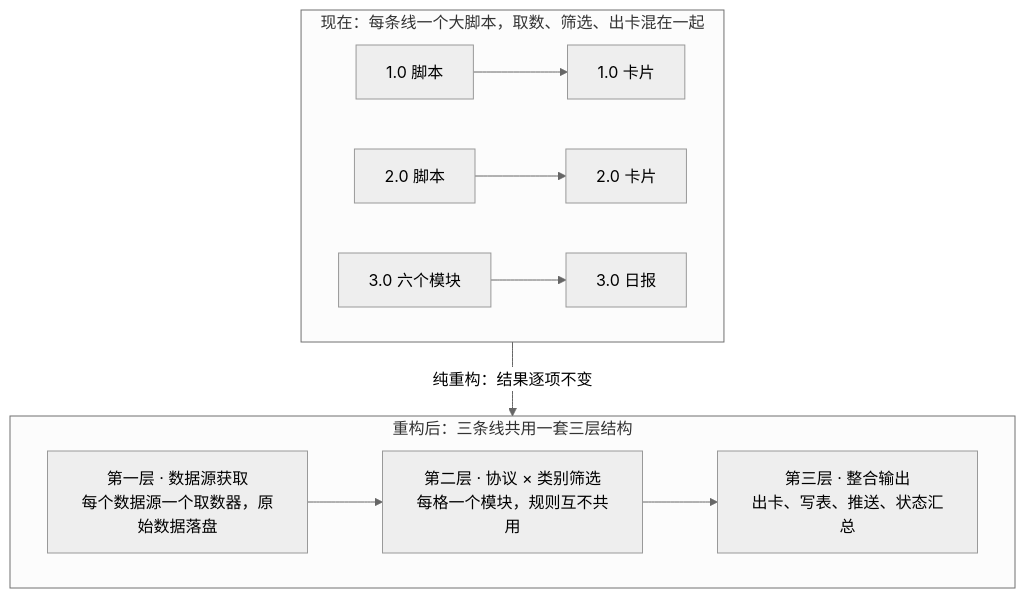
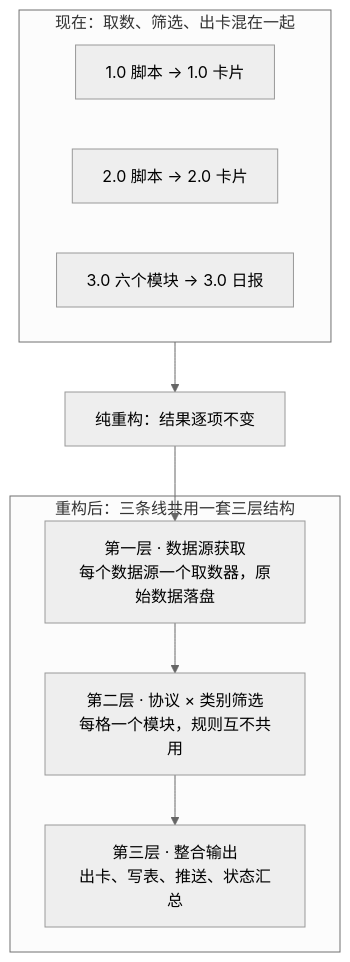
One commit to JulyWA/lp-monitor-3.0-snapshot changed the first of 10 diagrams in protocol-docs/lp-market-layered-refactor-brief.md. Above: the diagram before and after it, drawn with Mermaid (neutral theme).

Commit message:
docs: 分层重构任务书总览图调整

````diff
--- a/protocol-docs/lp-market-layered-refactor-brief.md
+++ b/protocol-docs/lp-market-layered-refactor-brief.md
@@ -19,15 +19,17 @@
 ```mermaid
 flowchart TB
-  subgraph NOW["现在：每条线一个大脚本，取数、筛选、出卡混在一起"]
-    N1["1.0 脚本"] --> NC1["1.0 卡片"]
-    N2["2.0 脚本"] --> NC2["2.0 卡片"]
-    N3["3.0 六个模块"] --> NC3["3.0 日报"]
+  subgraph NOW["现在：取数、筛选、出卡混在一起"]
+    direction LR
+    N1["1.0 脚本 → 1.0 卡片"]
+    N2["2.0 脚本 → 2.0 卡片"]
+    N3["3.0 六个模块 → 3.0 日报"]
   end
+  N2 --> T["纯重构：结果逐项不变"]
+  T --> L1
   subgraph NEW["重构后：三条线共用一套三层结构"]
     L1["第一层 · 数据源获取<br/>每个数据源一个取数器，原始数据落盘"]
     L2["第二层 · 协议 × 类别筛选<br/>每格一个模块，规则互不共用"]
     L3["第三层 · 整合输出<br/>出卡、写表、推送、状态汇总"]
     L1 --> L2 --> L3
   end
-  NOW -->|"纯重构：结果逐项不变"| NEW
 ```
````
